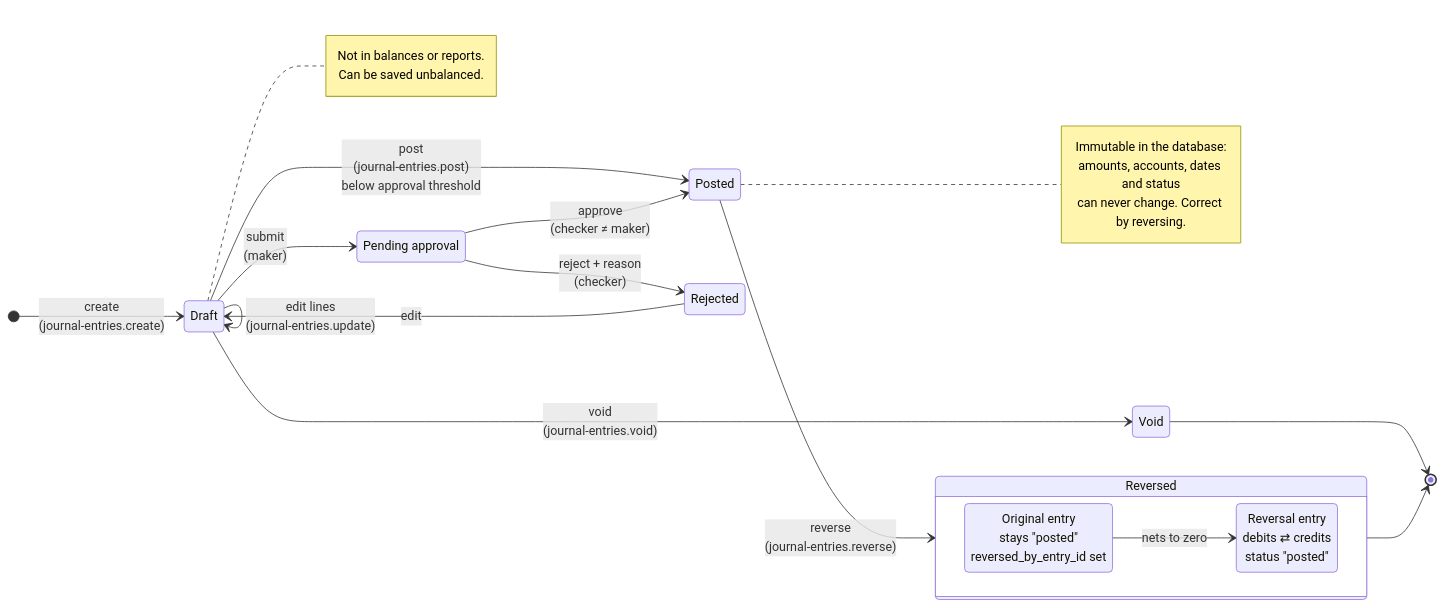
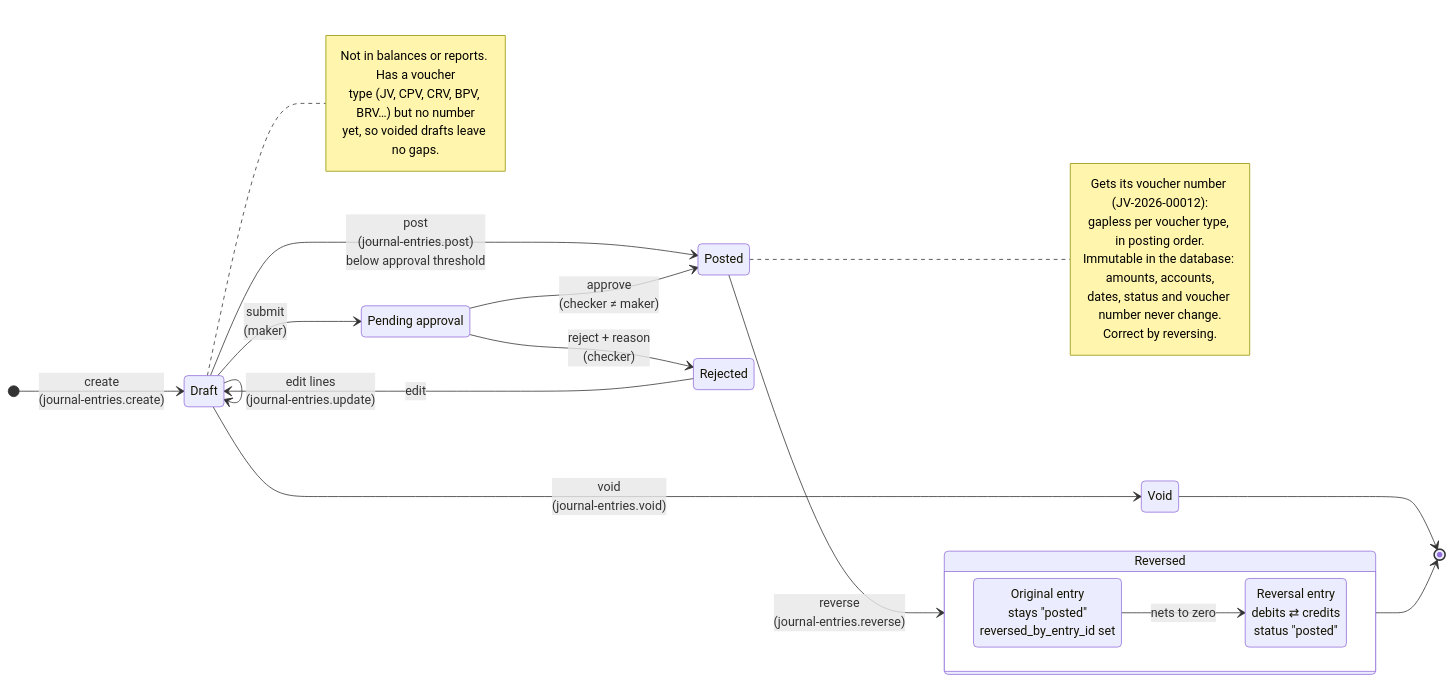
Before and after one commit to alimarchal/laravel-chart-of-accounts-package: the diagram in docs/diagrams/03-journal-lifecycle.mmd, drawn with Mermaid. The commit also changed 55 other files, not shown here.

```diff
--- a/docs/diagrams/03-journal-lifecycle.mmd
+++ b/docs/diagrams/03-journal-lifecycle.mmd
@@ -1,37 +1,40 @@
 stateDiagram-v2
     direction LR
     [*] --> Draft: create<br/>(journal-entries.create)
 
     Draft --> Draft: edit lines<br/>(journal-entries.update)
     Draft --> Posted: post<br/>(journal-entries.post)<br/>below approval threshold
     Draft --> Pending: submit<br/>(maker)
     Pending --> Posted: approve<br/>(checker ≠ maker)
     Pending --> Rejected: reject + reason<br/>(checker)
     Rejected --> Draft: edit
     Draft --> Void: void<br/>(journal-entries.void)
 
     state "Pending approval" as Pending
     state "Rejected" as Rejected
 
     Posted --> Reversed: reverse<br/>(journal-entries.reverse)
 
     state Reversed {
         direction LR
         Original: Original entry<br/>stays "posted"<br/>reversed_by_entry_id set
         Mirror: Reversal entry<br/>debits ⇄ credits<br/>status "posted"
         Original --> Mirror: nets to zero
     }
 
     Void --> [*]
     Reversed --> [*]
 
     note right of Posted
-        Immutable in the database:
-        amounts, accounts, dates and status
-        can never change. Correct by reversing.
+        Gets its voucher number (JV-2026-00012):
+        gapless per voucher type, in posting order.
+        Immutable in the database: amounts, accounts,
+        dates, status and voucher number never change.
+        Correct by reversing.
     end note
 
     note right of Draft
-        Not in balances or reports.
-        Can be saved unbalanced.
+        Not in balances or reports. Has a voucher
+        type (JV, CPV, CRV, BPV, BRV…) but no number
+        yet, so voided drafts leave no gaps.
     end note
```
